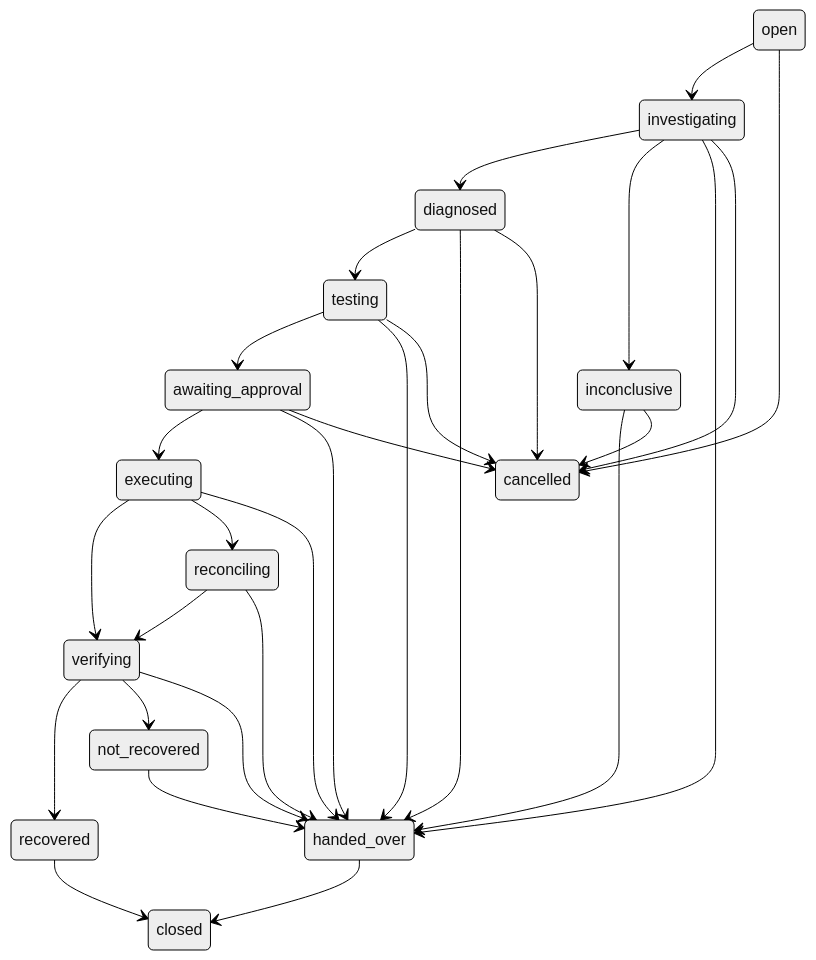
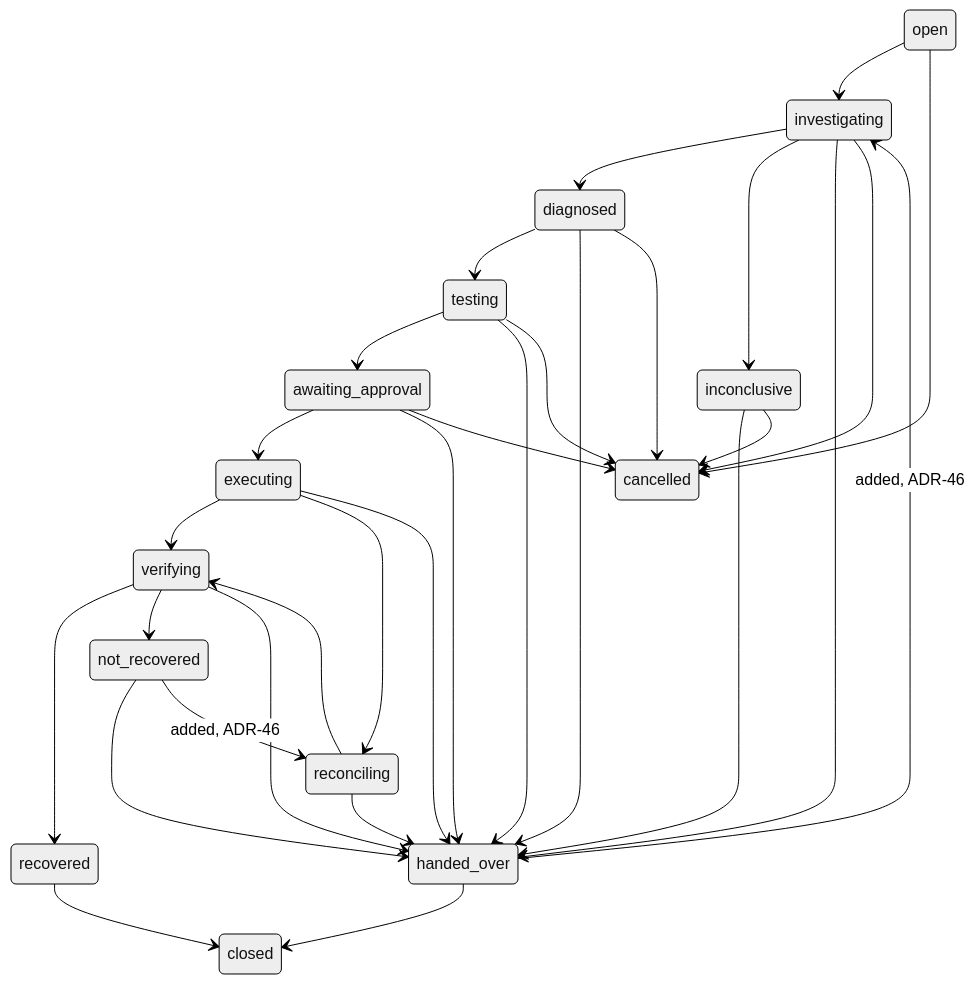
One commit to LovishMahajan/incident-copilot changed the first of 2 diagrams in docs/layers/layer-08-workflows-state-machines/artifact-08-workflow-specification.md. Above: the diagram before and after it, drawn with Mermaid (neutral theme). The commit also changed other lines of this file and 55 other files, not shown here.

````diff
--- a/docs/layers/layer-08-workflows-state-machines/artifact-08-workflow-specification.md
+++ b/docs/layers/layer-08-workflows-state-machines/artifact-08-workflow-specification.md
@@ -124,31 +180,33 @@
 ```mermaid
 stateDiagram-v2
     open --> investigating
     open --> cancelled
     investigating --> diagnosed
     investigating --> inconclusive
     investigating --> handed_over
     investigating --> cancelled
     diagnosed --> testing
     diagnosed --> handed_over
     diagnosed --> cancelled
     inconclusive --> handed_over
     inconclusive --> cancelled
     testing --> awaiting_approval
     testing --> handed_over
     testing --> cancelled
     awaiting_approval --> executing
     awaiting_approval --> handed_over
     awaiting_approval --> cancelled
     executing --> verifying
     executing --> reconciling
     executing --> handed_over
     reconciling --> verifying
     reconciling --> handed_over
     verifying --> recovered
     verifying --> not_recovered
     verifying --> handed_over
     recovered --> closed
     not_recovered --> handed_over
+    not_recovered --> reconciling: added, ADR-46
     handed_over --> closed
+    handed_over --> investigating: added, ADR-46
 ```
````
